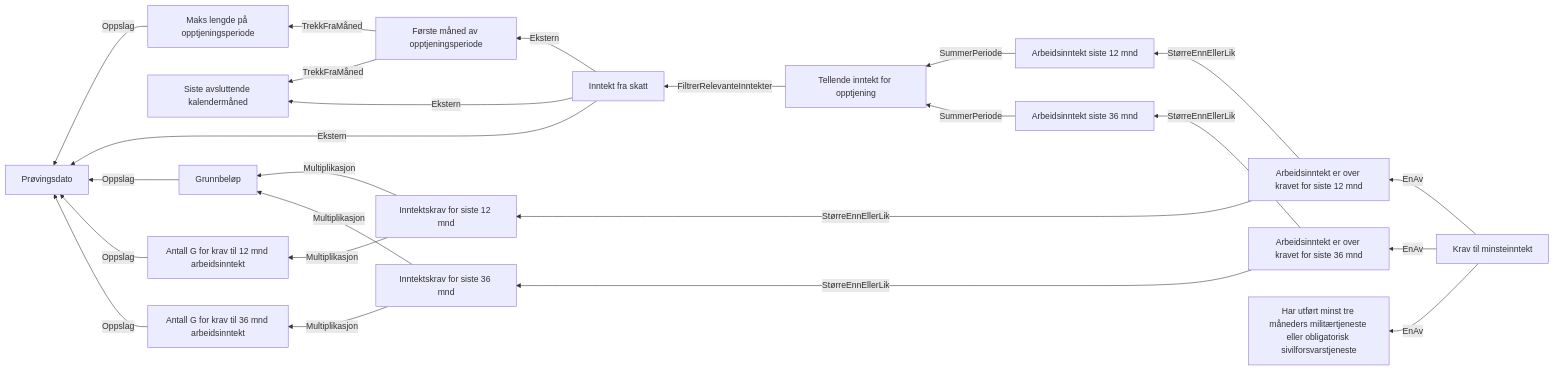
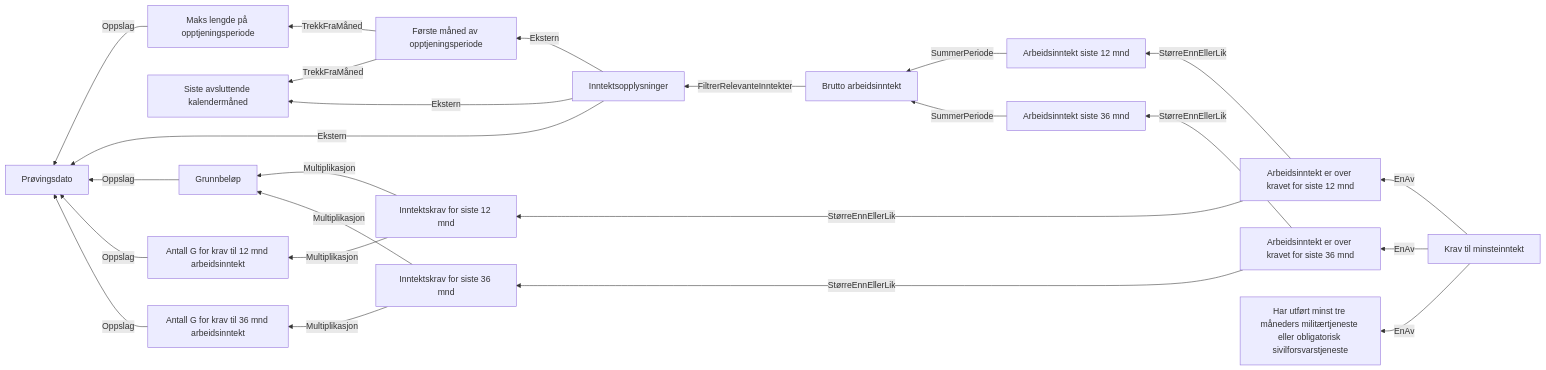
The diagram in docs/regler/§ 4-4. Krav til minsteinntekt.approved.md (navikt/dp-vedtak), drawn with Mermaid before and after one commit. The commit also changed 13 other files, not shown here.

Commit message:
Vi har endret navn på opplysning om inntekt og rekkefølge på oppjustering og filtrering av inntekt i dagpengegrunnlag. Gir ut en summert periode for arbeidsinntekt som kan være i grunnlaget.

````diff
--- a/docs/regler/§ 4-4. Krav til minsteinntekt.approved.md
+++ b/docs/regler/§ 4-4. Krav til minsteinntekt.approved.md
@@ -5,26 +5,26 @@
 ```mermaid
 graph RL
   A["Maks lengde på opptjeningsperiode"] -->|"Oppslag"| B["Prøvingsdato"]
   C["Første måned av opptjeningsperiode"] -->|"TrekkFraMåned"| D["Siste avsluttende kalendermåned"]
   C["Første måned av opptjeningsperiode"] -->|"TrekkFraMåned"| A["Maks lengde på opptjeningsperiode"]
-  E["Inntekt fra skatt"] -->|"Ekstern"| B["Prøvingsdato"]
-  E["Inntekt fra skatt"] -->|"Ekstern"| D["Siste avsluttende kalendermåned"]
-  E["Inntekt fra skatt"] -->|"Ekstern"| C["Første måned av opptjeningsperiode"]
-  F["Tellende inntekt for opptjening"] -->|"FiltrerRelevanteInntekter"| E["Inntekt fra skatt"]
+  E["Inntektsopplysninger"] -->|"Ekstern"| B["Prøvingsdato"]
+  E["Inntektsopplysninger"] -->|"Ekstern"| D["Siste avsluttende kalendermåned"]
+  E["Inntektsopplysninger"] -->|"Ekstern"| C["Første måned av opptjeningsperiode"]
+  F["Brutto arbeidsinntekt"] -->|"FiltrerRelevanteInntekter"| E["Inntektsopplysninger"]
   G["Grunnbeløp"] -->|"Oppslag"| B["Prøvingsdato"]
-  H["Arbeidsinntekt siste 12 mnd"] -->|"SummerPeriode"| F["Tellende inntekt for opptjening"]
+  H["Arbeidsinntekt siste 12 mnd"] -->|"SummerPeriode"| F["Brutto arbeidsinntekt"]
   I["Antall G for krav til 12 mnd arbeidsinntekt"] -->|"Oppslag"| B["Prøvingsdato"]
   J["Inntektskrav for siste 12 mnd"] -->|"Multiplikasjon"| G["Grunnbeløp"]
   J["Inntektskrav for siste 12 mnd"] -->|"Multiplikasjon"| I["Antall G for krav til 12 mnd arbeidsinntekt"]
   K["Arbeidsinntekt er over kravet for siste 12 mnd"] -->|"StørreEnnEllerLik"| H["Arbeidsinntekt siste 12 mnd"]
   K["Arbeidsinntekt er over kravet for siste 12 mnd"] -->|"StørreEnnEllerLik"| J["Inntektskrav for siste 12 mnd"]
-  L["Arbeidsinntekt siste 36 mnd"] -->|"SummerPeriode"| F["Tellende inntekt for opptjening"]
+  L["Arbeidsinntekt siste 36 mnd"] -->|"SummerPeriode"| F["Brutto arbeidsinntekt"]
   M["Antall G for krav til 36 mnd arbeidsinntekt"] -->|"Oppslag"| B["Prøvingsdato"]
   N["Inntektskrav for siste 36 mnd"] -->|"Multiplikasjon"| G["Grunnbeløp"]
   N["Inntektskrav for siste 36 mnd"] -->|"Multiplikasjon"| M["Antall G for krav til 36 mnd arbeidsinntekt"]
   O["Arbeidsinntekt er over kravet for siste 36 mnd"] -->|"StørreEnnEllerLik"| L["Arbeidsinntekt siste 36 mnd"]
   O["Arbeidsinntekt er over kravet for siste 36 mnd"] -->|"StørreEnnEllerLik"| N["Inntektskrav for siste 36 mnd"]
   P["Krav til minsteinntekt"] -->|"EnAv"| K["Arbeidsinntekt er over kravet for siste 12 mnd"]
   P["Krav til minsteinntekt"] -->|"EnAv"| O["Arbeidsinntekt er over kravet for siste 36 mnd"]
   P["Krav til minsteinntekt"] -->|"EnAv"| Q["Har utført minst tre måneders militærtjeneste eller obligatorisk sivilforsvarstjeneste"]
 ```
````
